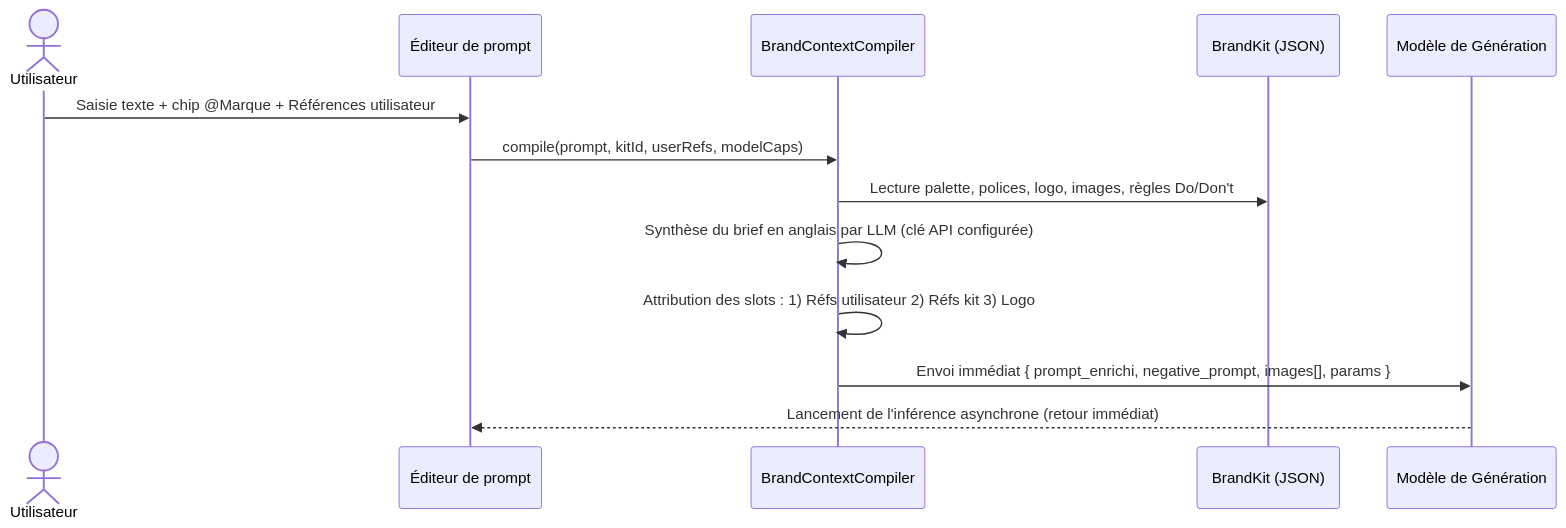
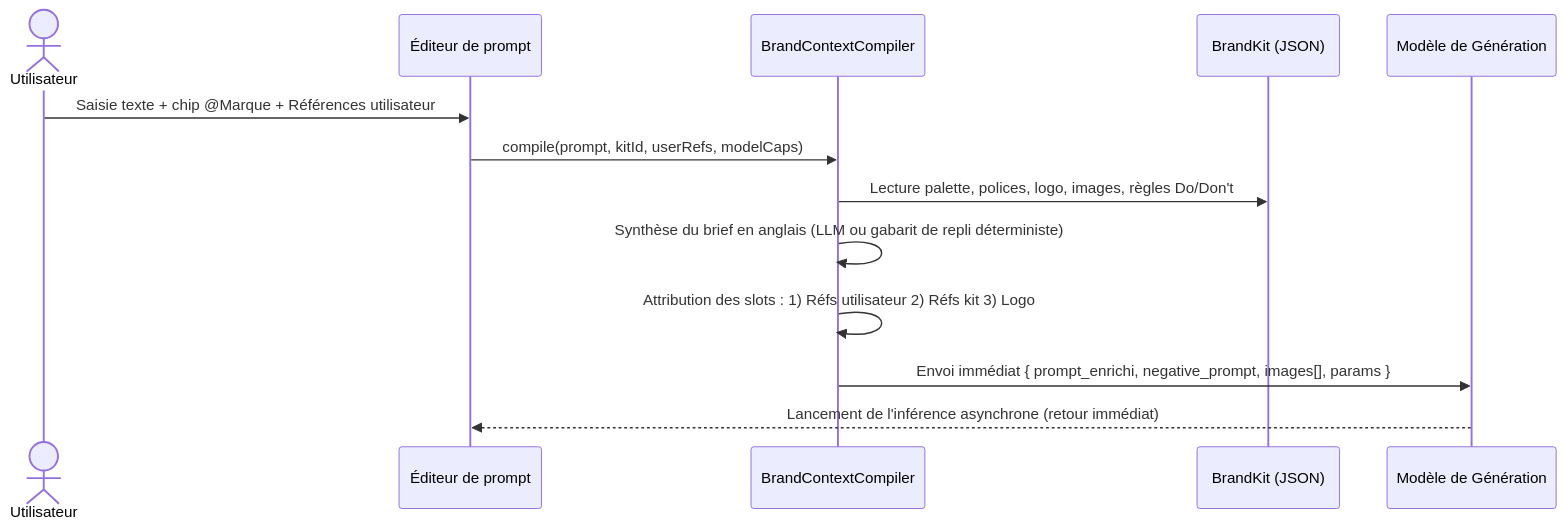
The diagram in SPECIFICATION.md (personnal-agent/colab-ai-studio), drawn with Mermaid before and after one commit. The commit also changed other lines of this file and 28 other files, not shown here.

````diff
--- a/SPECIFICATION.md
+++ b/SPECIFICATION.md
@@ -267,16 +287,16 @@
 ```mermaid
 sequenceDiagram
     actor U as Utilisateur
     participant UI as Éditeur de prompt
     participant C as BrandContextCompiler
     participant K as BrandKit (JSON)
     participant M as Modèle de Génération
 
     U->>UI: Saisie texte + chip @Marque + Références utilisateur
     UI->>C: compile(prompt, kitId, userRefs, modelCaps)
     C->>K: Lecture palette, polices, logo, images, règles Do/Don't
-    C->>C: Synthèse du brief en anglais par LLM (clé API configurée)
+    C->>C: Synthèse du brief en anglais (LLM ou gabarit de repli déterministe)
     C->>C: Attribution des slots : 1) Réfs utilisateur 2) Réfs kit 3) Logo
     C->>M: Envoi immédiat { prompt_enrichi, negative_prompt, images[], params }
     M-->>UI: Lancement de l'inférence asynchrone (retour immédiat)
 ```
````
